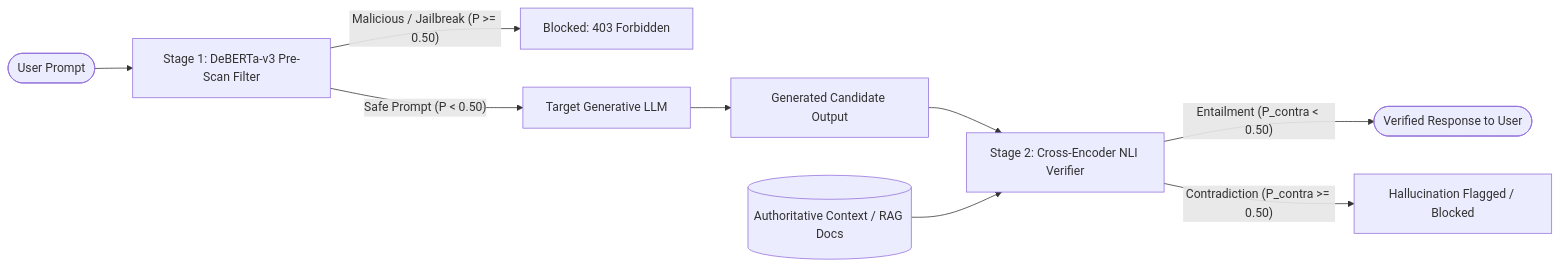
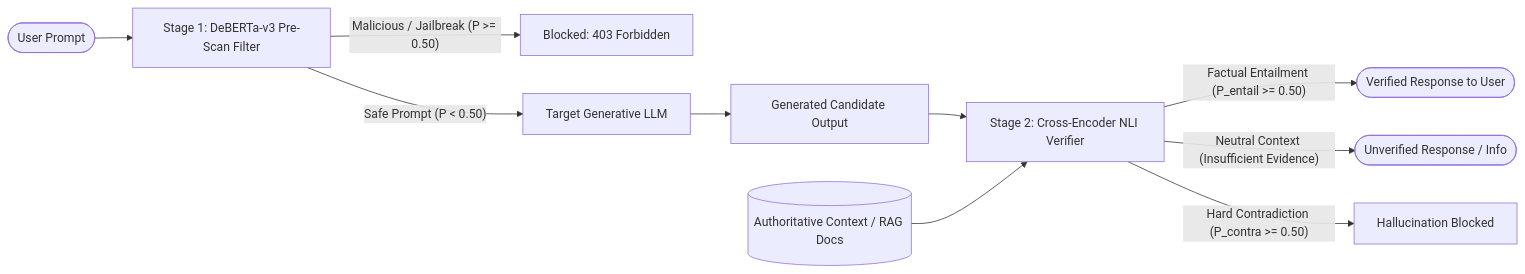
Before and after one commit to Shourya3113/GuardShield-AI: the diagram in README.md, drawn with Mermaid. The commit also changed other lines of this file and 14 other files, not shown here.

````diff
--- a/README.md
+++ b/README.md
@@ -25,11 +25,12 @@
 ```mermaid
 graph LR
     User([User Prompt]) --> PreScan[Stage 1: DeBERTa-v3 Pre-Scan Filter]
     PreScan -- "Malicious / Jailbreak (P >= 0.50)" --> Block[Blocked: 403 Forbidden]
     PreScan -- "Safe Prompt (P < 0.50)" --> LLM[Target Generative LLM]
     LLM --> Candidate[Generated Candidate Output]
     Candidate --> Stage2[Stage 2: Cross-Encoder NLI Verifier]
     Context[(Authoritative Context / RAG Docs)] --> Stage2
-    Stage2 -- "Entailment (P_contra < 0.50)" --> Output([Verified Response to User])
-    Stage2 -- "Contradiction (P_contra >= 0.50)" --> Flag[Hallucination Flagged / Blocked]
+    Stage2 -- "Factual Entailment (P_entail >= 0.50)" --> Output([Verified Response to User])
+    Stage2 -- "Neutral Context (Insufficient Evidence)" --> Unverified([Unverified Response / Info])
+    Stage2 -- "Hard Contradiction (P_contra >= 0.50)" --> Flag[Hallucination Blocked]
 ```
````
